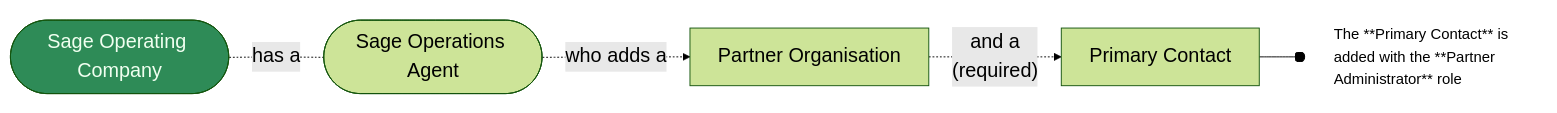
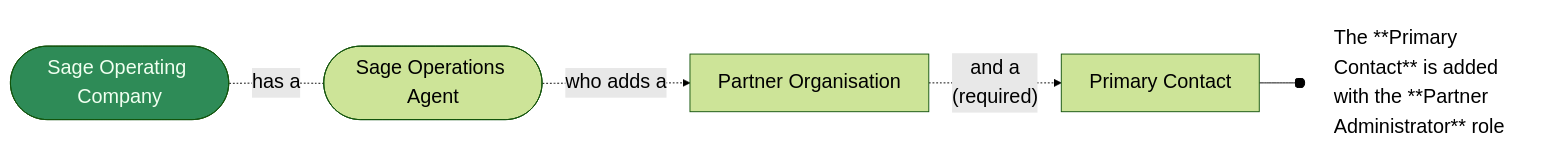
Before and after one commit to joe-dorward/samples: the diagram in 2025_Sage/01_Scenario - Partner organisation.mdx, drawn with Mermaid.

Commit message:
Update 01_Scenario - Partner organisation.mdx

````diff
--- a/2025_Sage/01_Scenario - Partner organisation.mdx
+++ b/2025_Sage/01_Scenario - Partner organisation.mdx
@@ -2,23 +2,23 @@
 ```mermaid
 %%{
   init: {
     'theme': 'forest',
     'themeVariables': {
       'fontSize':'16pt'
     }
   }
 }%%
 flowchart LR
  %%classDef Note fill:pink, stroke:white, text-align:left, font-size:12pt, width:400px, margin:0px, padding:10px;
  classDef Sage fill:seagreen, color:honeydew;
- classDef Note fill:white, stroke:white, text-align:left, font-size:12pt;
+ classDef Note fill:white, stroke:white, text-align:left;
 
   SAGE_OPERATING_COMPANY_01([Sage Operating Company])-.has a.-
   SAGE_OPERATIONS_AGENT_01([Sage Operations Agent])-.who adds a.->
   PARTNER_ORGANISATION_01[Partner Organisation]-.and a<br/>(required).->
   PRIMARY_CONTACT_01[Primary Contact]--o
   PRIMARY_CONTACT_01_NOTE[The **Primary Contact** is added with the **Partner Administrator** role]
 
   class SAGE_OPERATING_COMPANY_01 Sage
   class PRIMARY_CONTACT_01_NOTE Note
 ```
````
